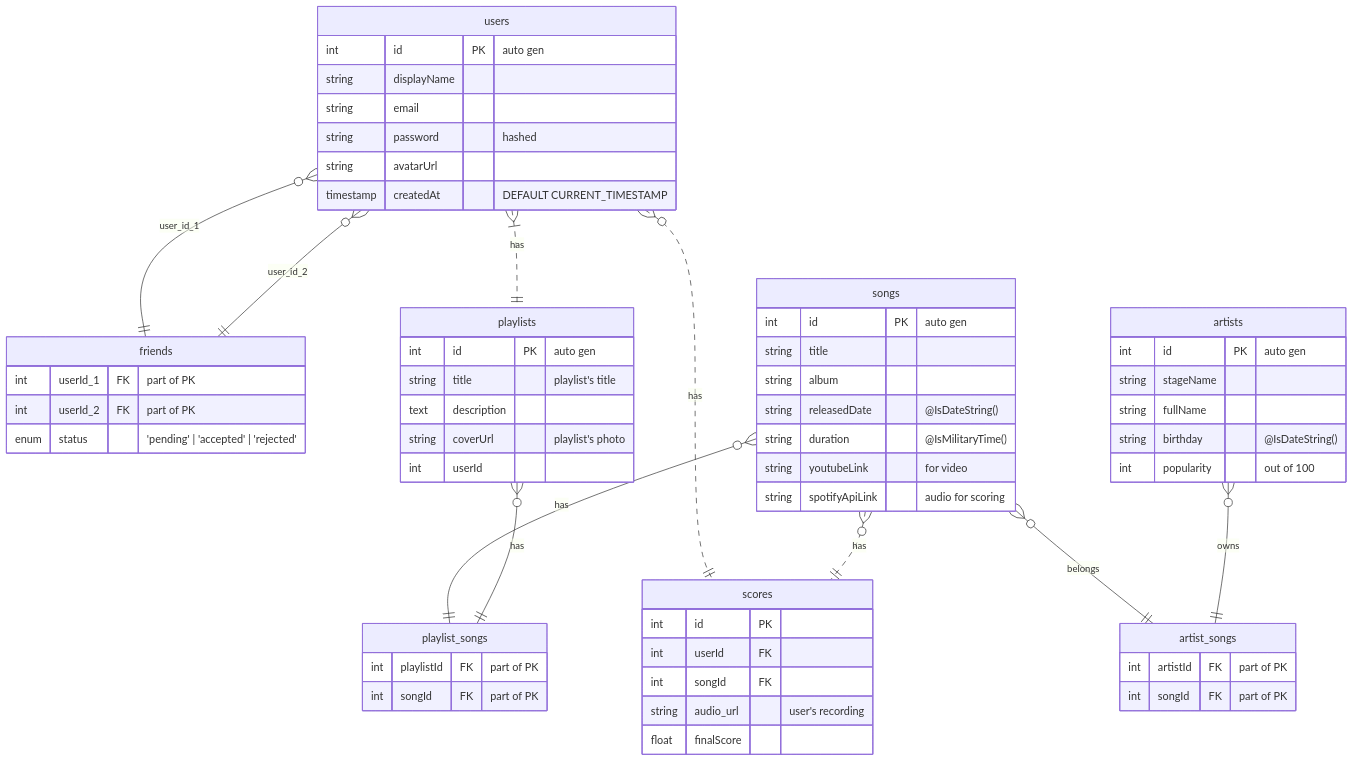
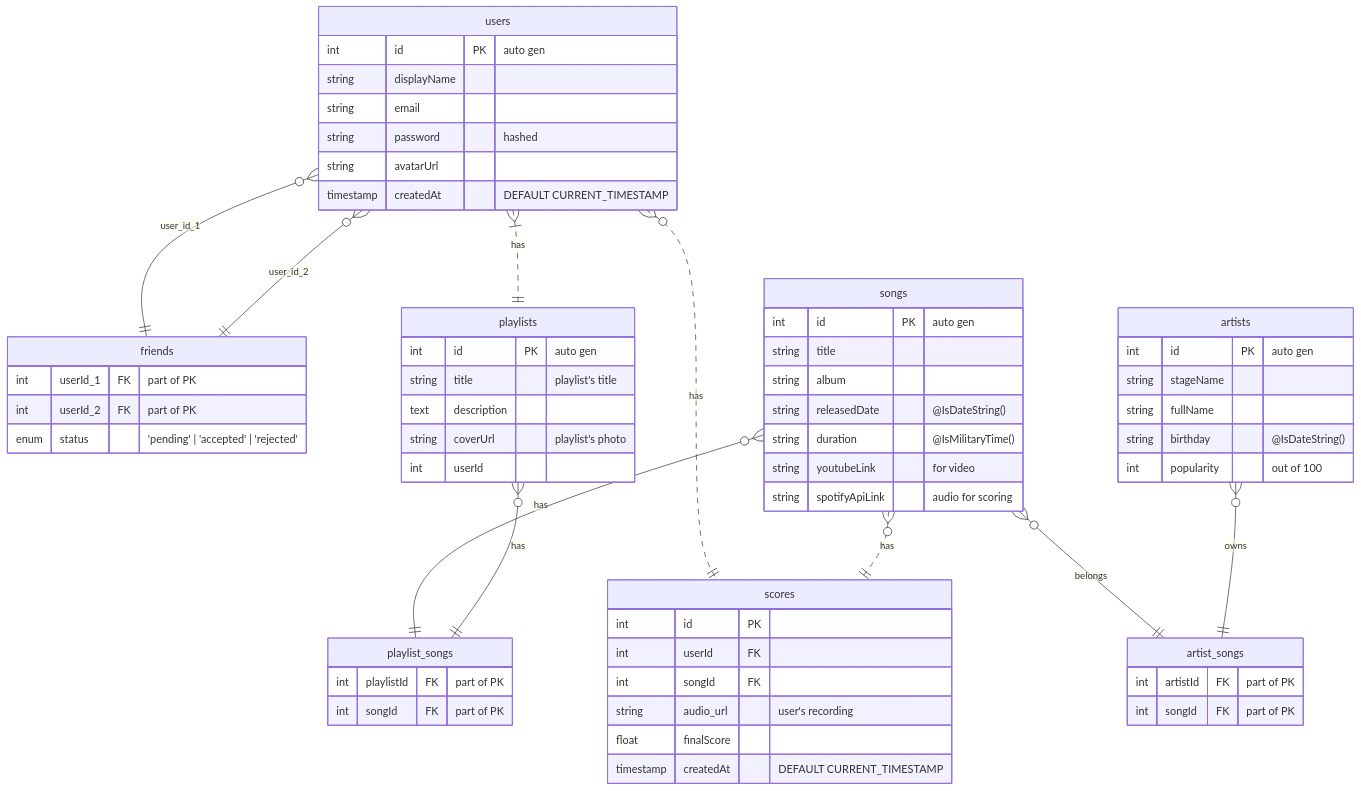
Before and after one commit to manoke-uit/.github: the diagram in README.md, drawn with Mermaid.

Commit message:
chore: add one extra attribute

````diff
--- a/README.md
+++ b/README.md
@@ -2,65 +2,66 @@
 ``` mermaid
 erDiagram
     users {
         int id PK "auto gen"
         string displayName
         string email
         string password "hashed"
         string avatarUrl
         timestamp createdAt "DEFAULT CURRENT_TIMESTAMP"
     }
     friends {
         int userId_1 FK "part of PK"
         int userId_2 FK "part of PK"
         enum status "'pending' | 'accepted' | 'rejected'"
     }
     songs {
         int id PK "auto gen"
         string title
         string album
         string releasedDate "@IsDateString()"
         string duration "@IsMilitaryTime()" 
         string youtubeLink "for video"
         string spotifyApiLink "audio for scoring"
     }
     playlists {
         int id PK "auto gen"
         string title "playlist's title"
         text description
         string coverUrl "playlist's photo"
         int userId
     }
     playlist_songs {
         int playlistId FK "part of PK"
         int songId FK "part of PK"
     }
     artists {
         int id PK "auto gen"
         string stageName
         string fullName
         string birthday "@IsDateString()"
         int popularity "out of 100"
     }
     artist_songs {
         int artistId FK "part of PK"
         int songId FK "part of PK"
     }
     scores {
         int id PK
         int userId FK
         int songId FK
         string audio_url "user's recording"
         float finalScore
+        timestamp createdAt "DEFAULT CURRENT_TIMESTAMP"
     }
 
     users }o--|| friends: user_id_1
     users }o--|| friends: user_id_2
     users }|..|| playlists: has
     users }o..|| scores: has
     songs }o..|| scores: has
     songs }o--|| playlist_songs: has
     songs }o--|| artist_songs: belongs
     playlists }o--|| playlist_songs: has
     artists }o--|| artist_songs: owns
 
 ```
````
